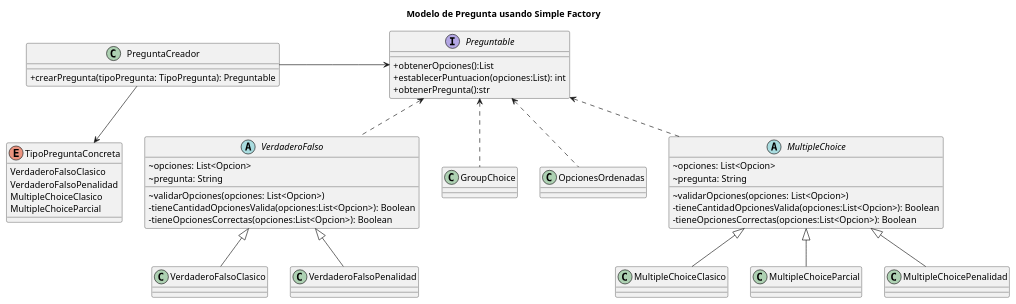
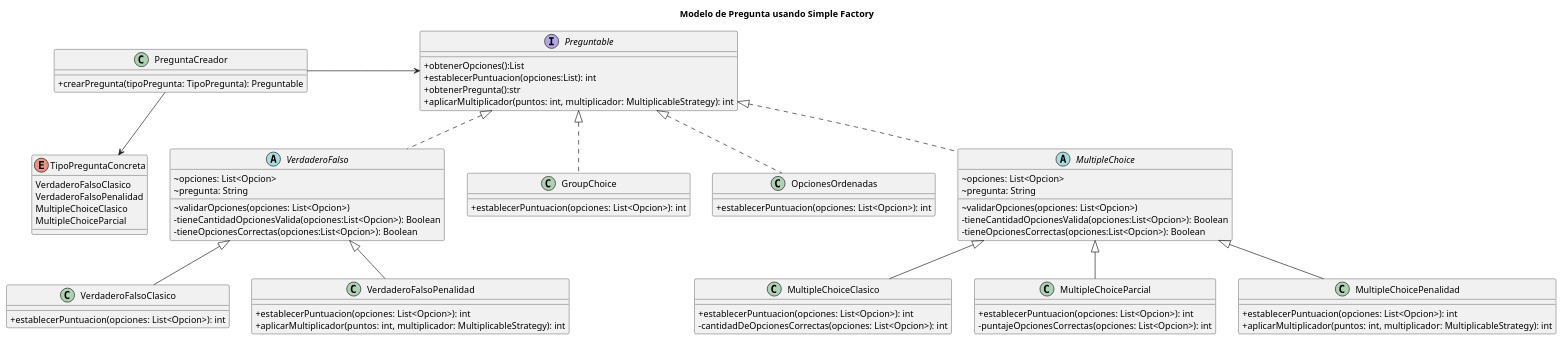
One commit to gylopezgiles/TP2 changed the diagram in doc/Diagramas/Diagramas_Clase/pregunta/pregunta.plantuml. Above: the diagram before and after it, drawn with PlantUML. The commit also changed 5 other files, not shown here.

Commit message:
Actualizacion de los diagramas de secuencia + eliminacion de imports no usados

```diff
--- a/doc/Diagramas/Diagramas_Clase/pregunta/pregunta.plantuml
+++ b/doc/Diagramas/Diagramas_Clase/pregunta/pregunta.plantuml
@@ -2,85 +2,95 @@
 @startuml
 title Modelo de Pregunta usando Simple Factory
 skinparam classAttributeIconSize 0
 
 class PreguntaCreador{
     + crearPregunta(tipoPregunta: TipoPregunta): Preguntable
 }
 
 interface Preguntable{
     + obtenerOpciones():List
     + establecerPuntuacion(opciones:List): int
     + obtenerPregunta():str
+    + aplicarMultiplicador(puntos: int, multiplicador: MultiplicableStrategy): int
 }
 
 enum TipoPreguntaConcreta{
     VerdaderoFalsoClasico
     VerdaderoFalsoPenalidad
     MultipleChoiceClasico
     MultipleChoiceParcial
 }
 
 abstract class VerdaderoFalso{
     ~ opciones: List<Opcion>
     ~ pregunta: String
     ~ validarOpciones(opciones: List<Opcion>)
     - tieneCantidadOpcionesValida(opciones:List<Opcion>): Boolean
     - tieneOpcionesCorrectas(opciones:List<Opcion>): Boolean
 }
 
 ' sin penalidad
 class VerdaderoFalsoClasico{
+    + establecerPuntuacion(opciones: List<Opcion>): int
 }
 
 class MultipleChoiceClasico{
-
+    + establecerPuntuacion(opciones: List<Opcion>): int
+    - cantidadDeOpcionesCorrectas(opciones: List<Opcion>): int
 }
 
 class MultipleChoiceParcial{
-    
+    + establecerPuntuacion(opciones: List<Opcion>): int
+    - puntajeOpcionesCorrectas(opciones: List<Opcion>): int
 }
 
 ' con penalidad
 class VerdaderoFalsoPenalidad{
+    + establecerPuntuacion(opciones: List<Opcion>): int
+    + aplicarMultiplicador(puntos: int, multiplicador: MultiplicableStrategy): int
 }
 
 class MultipleChoicePenalidad{
+    + establecerPuntuacion(opciones: List<Opcion>): int
+    + aplicarMultiplicador(puntos: int, multiplicador: MultiplicableStrategy): int
 }
 
 
 ' Especiales
 class GroupChoice{
+    + establecerPuntuacion(opciones: List<Opcion>): int
 }
 
 class OpcionesOrdenadas{
+    + establecerPuntuacion(opciones: List<Opcion>): int
 }
 
 abstract class MultipleChoice{
     ~ opciones: List<Opcion>
     ~ pregunta: String
     ~ validarOpciones(opciones: List<Opcion>)
     - tieneCantidadOpcionesValida(opciones:List<Opcion>): Boolean
     - tieneOpcionesCorrectas(opciones:List<Opcion>): Boolean
 }
 
 
 PreguntaCreador -down->TipoPreguntaConcreta
 PreguntaCreador -> Preguntable
 
-Preguntable <.. VerdaderoFalso
+Preguntable <|.. VerdaderoFalso
 
 ' Preg_Penal
 VerdaderoFalso <|-- VerdaderoFalsoPenalidad
 MultipleChoice <|-- MultipleChoicePenalidad
 
 
 ' Pregun_Sin_Penal
 VerdaderoFalso <|-- VerdaderoFalsoClasico
-Preguntable <.. MultipleChoice
+Preguntable <|.. MultipleChoice
 MultipleChoice <|-- MultipleChoiceParcial
 MultipleChoice <|-- MultipleChoiceClasico
 
-Preguntable <.. GroupChoice
-Preguntable <.. OpcionesOrdenadas
+Preguntable <|.. GroupChoice
+Preguntable <|.. OpcionesOrdenadas
 
 @enduml
```
